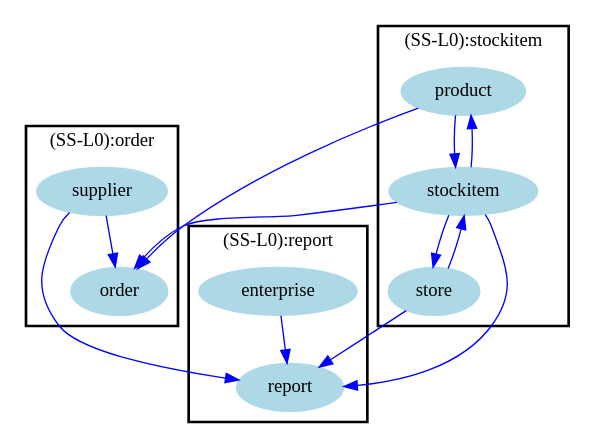
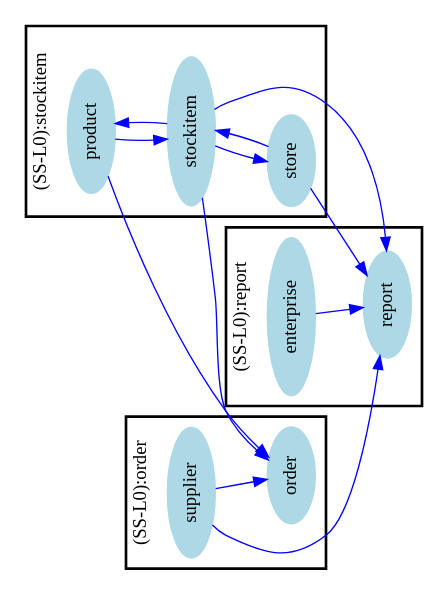
Before and after one commit to Benkler/BA: the diagram in Graph/DatenGraphWith0.txt.dot, drawn with Graphviz. The commit also changed 16 other files, not shown here.

```diff
--- a/Graph/DatenGraphWith0.txt.dot
+++ b/Graph/DatenGraphWith0.txt.dot
@@ -1,45 +1,45 @@
 /* ------------------------------------------------------------ */
 /* created with bunch v3 */
 /* Objective Function value = 1.0*/
 /* ------------------------------------------------------------ */
 
 digraph G {
 size= "10,10";
-rotate = 0;
+rotate = 90;
 subgraph cluster0 {
 label = "(SS-L0):order";
 color = black;
 style = bold;
 
 "supplier"[label="supplier",shape=ellipse,color=lightblue,fontcolor=black,style=filled];
 "order"[label="order",shape=ellipse,color=lightblue,fontcolor=black,style=filled];
 }
 subgraph cluster1 {
 label = "(SS-L0):report";
 color = black;
 style = bold;
 
 "enterprise"[label="enterprise",shape=ellipse,color=lightblue,fontcolor=black,style=filled];
 "report"[label="report",shape=ellipse,color=lightblue,fontcolor=black,style=filled];
 }
 subgraph cluster2 {
 label = "(SS-L0):stockitem";
 color = black;
 style = bold;
 
 "product"[label="product",shape=ellipse,color=lightblue,fontcolor=black,style=filled];
 "stockitem"[label="stockitem",shape=ellipse,color=lightblue,fontcolor=black,style=filled];
 "store"[label="store",shape=ellipse,color=lightblue,fontcolor=black,style=filled];
 }
 "store" -> "report" [color=blue,font=6];
 "store" -> "stockitem" [color=blue,font=6];
 "stockitem" -> "order" [color=blue,font=6];
 "stockitem" -> "report" [color=blue,font=6];
 "stockitem" -> "store" [color=blue,font=6];
 "stockitem" -> "product" [color=blue,font=6];
 "supplier" -> "order" [color=blue,font=6];
 "supplier" -> "report" [color=blue,font=6];
 "product" -> "order" [color=blue,font=6];
 "product" -> "stockitem" [color=blue,font=6];
 "enterprise" -> "report" [color=blue,font=6];
 }
```
